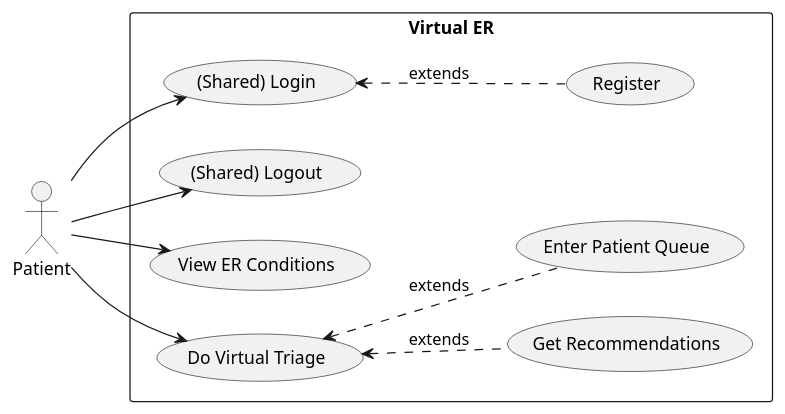
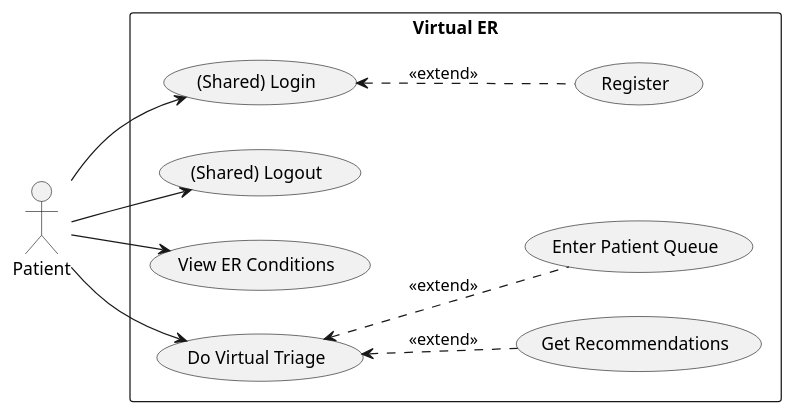
Before and after one commit to SENG-350-2024-fall/Group2: the diagram in milestone_1/use_case_diagrams/patient/src.puml, drawn with PlantUML.

Commit message:
format extends

```diff
--- a/milestone_1/use_case_diagrams/patient/src.puml
+++ b/milestone_1/use_case_diagrams/patient/src.puml
@@ -1,20 +1,20 @@
 @startuml plantuml
 left to right direction
 :Patient: as p
 rectangle "Virtual ER" {
   usecase "(Shared) Login" as login
   (Register) as reg
   usecase "(Shared) Logout" as logout
   (View ER Conditions) as view_er
   (Do Virtual Triage) as triage
   (Get Recommendations) as get_rec
   (Enter Patient Queue) as queue
 }
 p --> login
 p --> logout
 p --> view_er
 p --> triage
-login <.. reg : extends
-triage <.. get_rec: extends
-triage <.. queue : extends
+login <.. reg : <<extend>>
+triage <.. get_rec: <<extend>>
+triage <.. queue : <<extend>>
 @enduml
```
